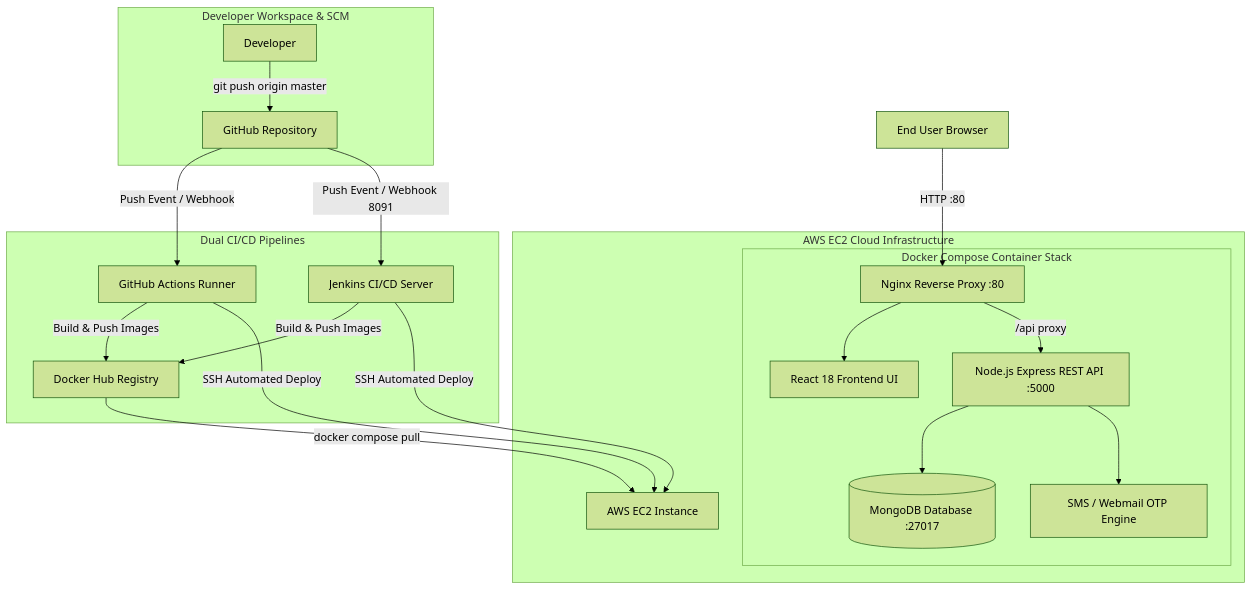
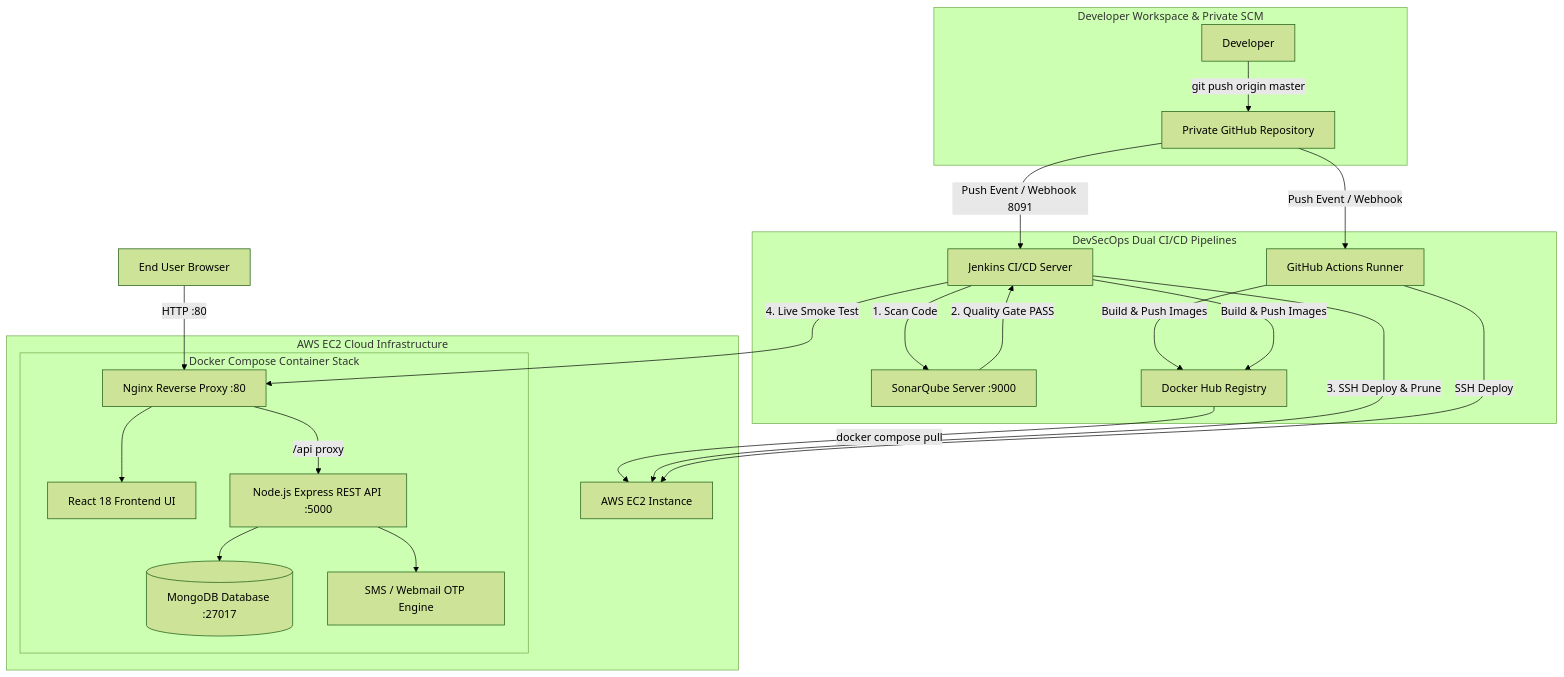
Before and after one commit to SathiyananthPeriyasamy/Netflix-clone-project: the diagram in README.md, drawn with Mermaid (forest theme). The commit also changed other lines of this file, not shown here.

````diff
--- a/README.md
+++ b/README.md
@@ -9,29 +9,34 @@
 ```mermaid
 flowchart TD
-    subgraph Developer Workspace & SCM
-        Dev[Developer] -->|git push origin master| GH[GitHub Repository]
+    subgraph Developer Workspace & Private SCM
+        Dev[Developer] -->|git push origin master| GH[Private GitHub Repository]
     end
 
-    subgraph Dual CI/CD Pipelines
+    subgraph DevSecOps Dual CI/CD Pipelines
         GH -->|Push Event / Webhook| GHA[GitHub Actions Runner]
         GH -->|Push Event / Webhook 8091| Jenkins[Jenkins CI/CD Server]
+
+        Jenkins -->|1. Scan Code| Sonar[SonarQube Server :9000]
+        Sonar -->|2. Quality Gate PASS| Jenkins
         
         GHA -->|Build & Push Images| DH[Docker Hub Registry]
         Jenkins -->|Build & Push Images| DH
     end
 
     subgraph AWS EC2 Cloud Infrastructure
         DH -->|docker compose pull| EC2[AWS EC2 Instance]
-        Jenkins -->|SSH Automated Deploy| EC2
-        GHA -->|SSH Automated Deploy| EC2
+        Jenkins -->|3. SSH Deploy & Prune| EC2
+        GHA -->|SSH Deploy| EC2
 
         subgraph Docker Compose Container Stack
             Nginx[Nginx Reverse Proxy :80] --> React[React 18 Frontend UI]
             Nginx -->|/api proxy| Express[Node.js Express REST API :5000]
             Express --> Mongo[(MongoDB Database :27017)]
             Express --> OTP[SMS / Webmail OTP Engine]
         end
+
+        Jenkins -->|4. Live Smoke Test| Nginx
     end
 
     User[End User Browser] -->|HTTP :80| Nginx
 ```
````
